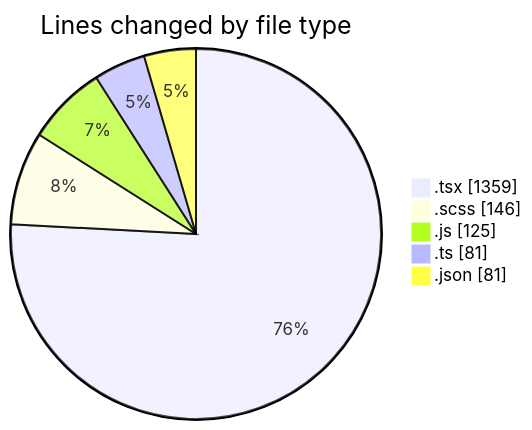
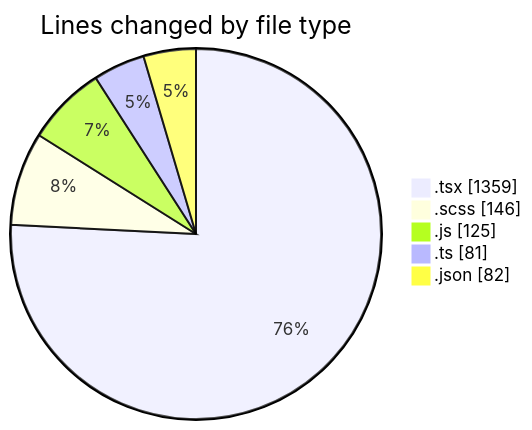
One commit to momahboobian/code-tracking changed the first of 2 diagrams in 2026-04-24/cda/README.md. Above: the diagram before and after it, drawn with Mermaid. The commit also changed other lines of this file and 1 other file, not shown here.

````diff
--- a/2026-04-24/cda/README.md
+++ b/2026-04-24/cda/README.md
@@ -32,9 +32,9 @@
 ```mermaid
 pie showData
 title Lines changed by file type
 ".tsx" : 1359
 ".scss" : 146
 ".js" : 125
 ".ts" : 81
-".json" : 81
+".json" : 82
 ```
````
